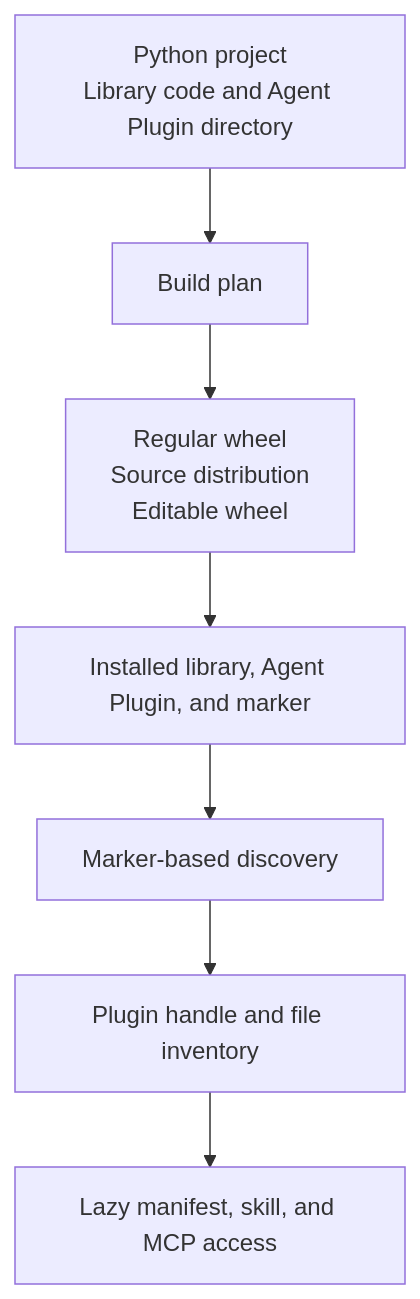
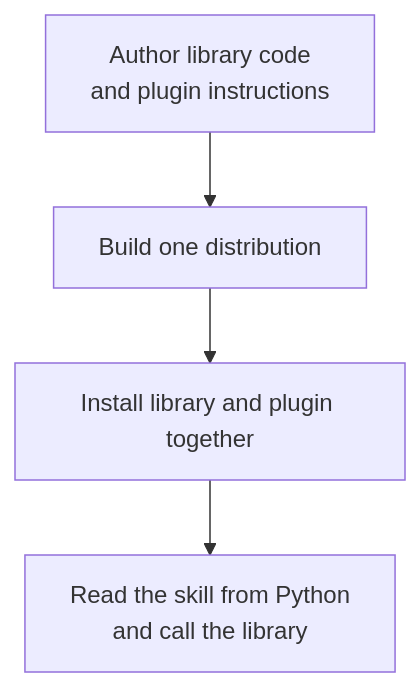
The diagram in docs/guide/what-is-an-agent-plugin.md (peter-gy/agent-plugins), drawn with Mermaid before and after one commit. The commit also changed other lines of this file and 43 other files, not shown here.

First line of the commit message:
fix: harden plugin packaging and discovery (#9)

````diff
--- a/docs/guide/what-is-an-agent-plugin.md
+++ b/docs/guide/what-is-an-agent-plugin.md
@@ -26,9 +33,6 @@
 ```mermaid
 flowchart TD
-    author[Python project<br/>Library code and Agent Plugin directory] --> plan[Build plan]
-    plan --> modes[Regular wheel<br/>Source distribution<br/>Editable wheel]
-    modes --> install[Installed library, Agent Plugin, and marker]
-    install --> discovery[Marker-based discovery]
-    discovery --> handle[Plugin handle and file inventory]
-    handle --> documents[Lazy manifest, skill, and MCP access]
+    author[Author library code<br/>and plugin instructions] --> build[Build one distribution]
+    build --> install[Install library and plugin together]
+    install --> use[Read the skill from Python<br/>and call the library]
 ```
````
